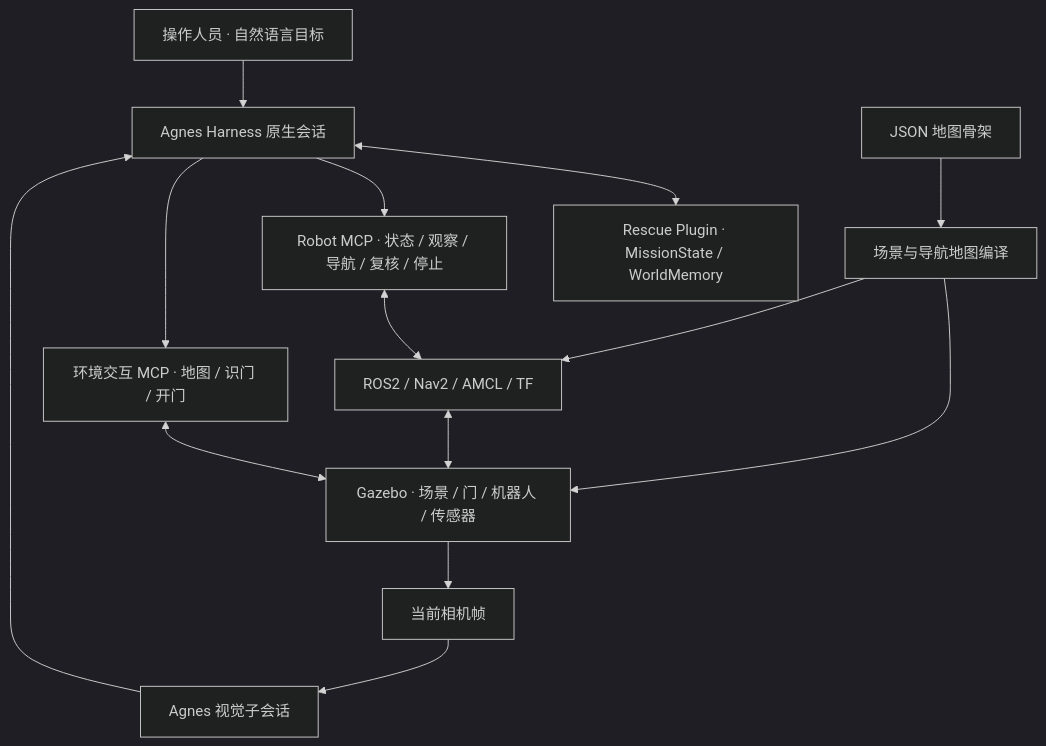
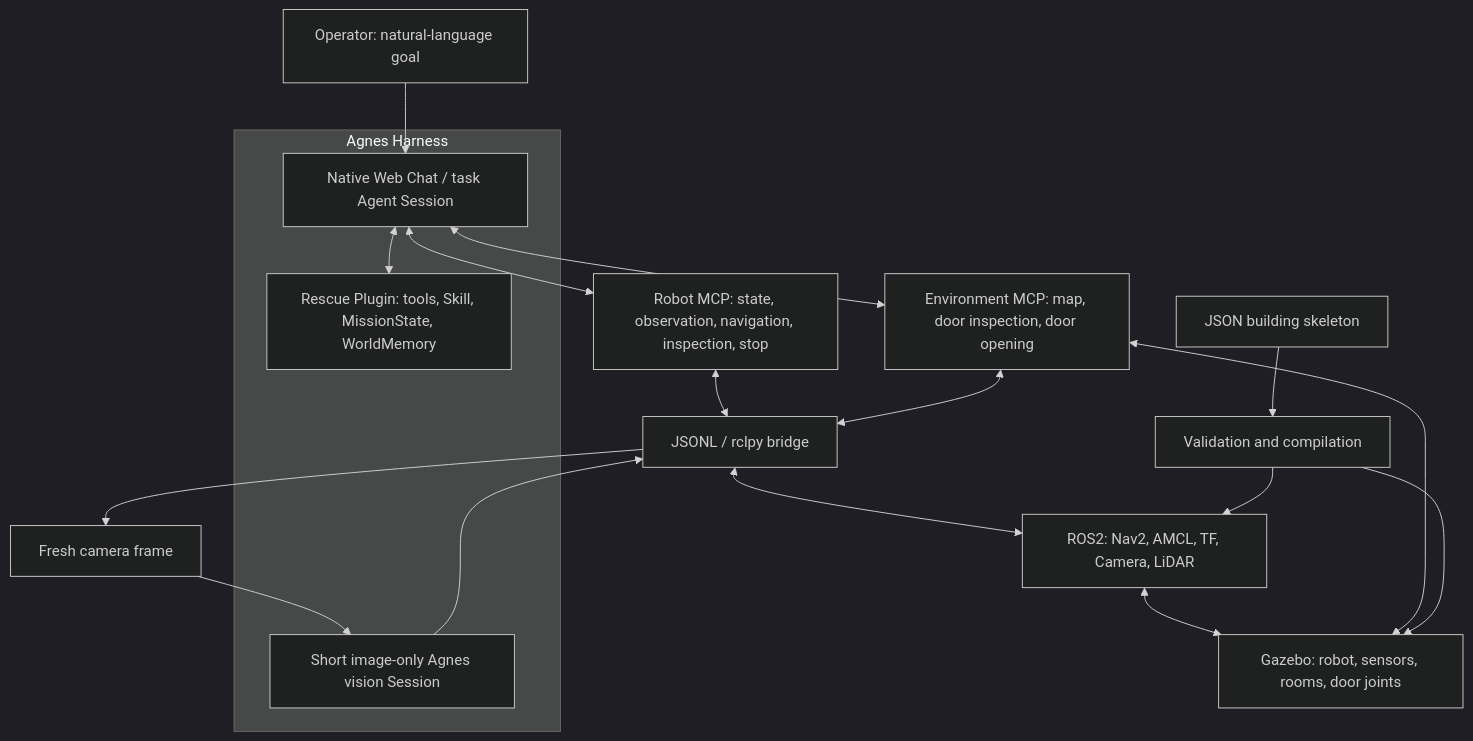
Before and after one commit to Emzit/Agnes_Embodied_Rescue: the diagram in README.md, drawn with Mermaid (dark theme). The commit also changed other lines of this file and 3 other files, not shown here.

Commit message:
docs: add bilingual project overview, architecture and integration standards

````diff
--- a/README.md
+++ b/README.md
@@ -36,16 +75,23 @@
 ```mermaid
 flowchart TD
-    U["操作人员 · 自然语言目标"] --> H["Agnes Harness 原生会话"]
-    H <--> P["Rescue Plugin · MissionState / WorldMemory"]
-    H --> R["Robot MCP · 状态 / 观察 / 导航 / 复核 / 停止"]
-    H --> E["环境交互 MCP · 地图 / 识门 / 开门"]
-    R <--> N["ROS2 / Nav2 / AMCL / TF"]
-    E <--> G["Gazebo · 场景 / 门 / 机器人 / 传感器"]
-    N <--> G
-    G --> C["当前相机帧"]
-    C --> V["Agnes 视觉子会话"]
-    V --> H
-    S["JSON 地图骨架"] --> M["场景与导航地图编译"]
-    M --> G
-    M --> N
+    U["Operator: natural-language goal"] --> A
+    subgraph H["Agnes Harness"]
+        A["Native Web Chat / task Agent Session"]
+        P["Rescue Plugin: tools, Skill, MissionState, WorldMemory"]
+        V["Short image-only Agnes vision Session"]
+        A <--> P
+    end
+    A <--> R["Robot MCP: state, observation, navigation, inspection, stop"]
+    A <--> E["Environment MCP: map, door inspection, door opening"]
+    R <--> B["JSONL / rclpy bridge"]
+    B <--> N["ROS2: Nav2, AMCL, TF, Camera, LiDAR"]
+    N <--> G["Gazebo: robot, sensors, rooms, door joints"]
+    E <--> B
+    E <--> G
+    B --> C["Fresh camera frame"]
+    C --> V
+    V --> B
+    S["JSON building skeleton"] --> K["Validation and compilation"]
+    K --> G
+    K --> N
 ```
````
